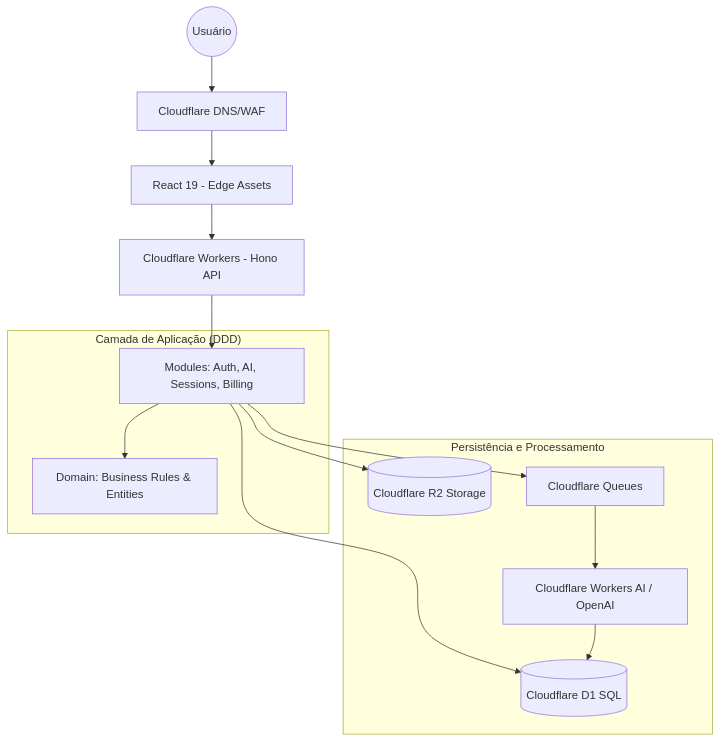
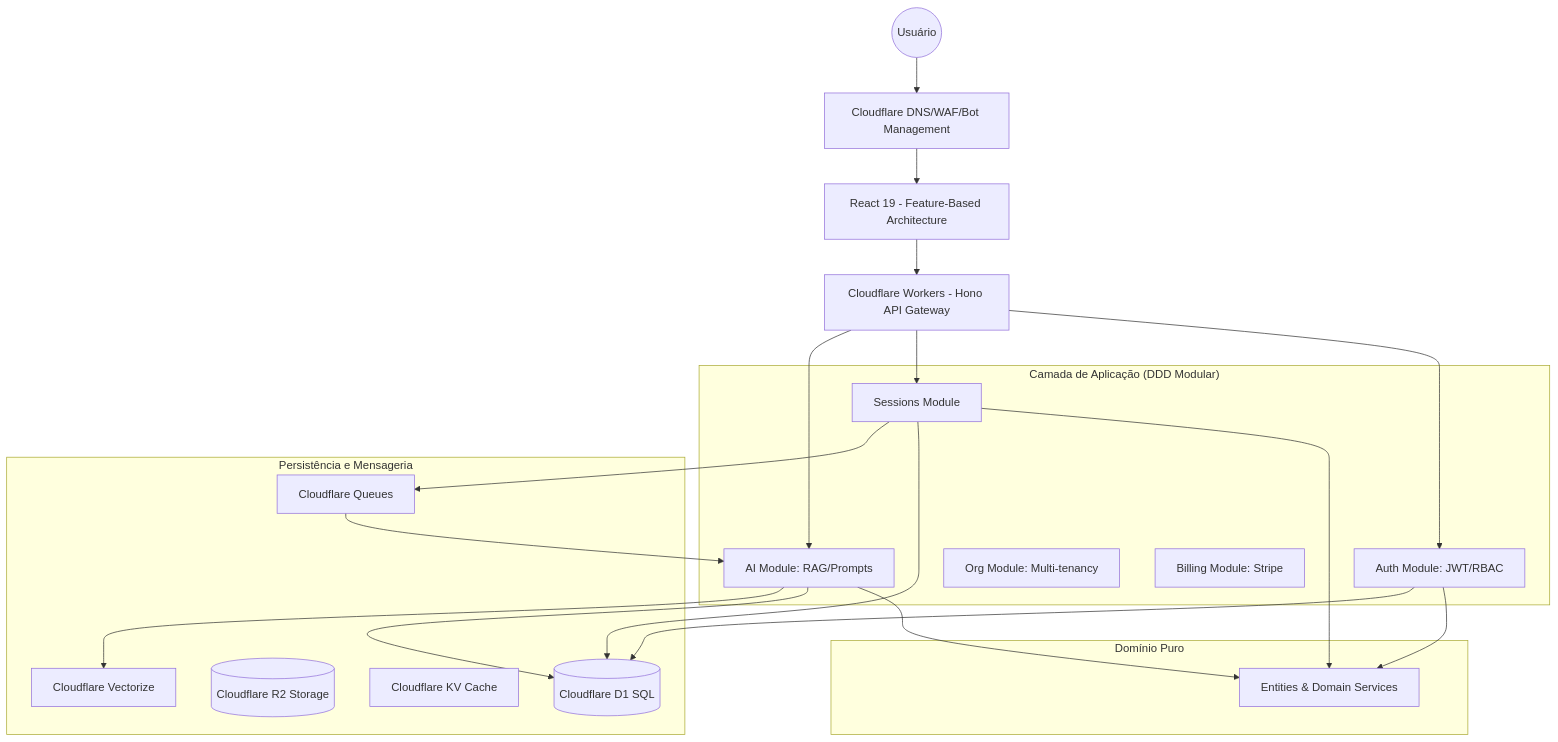
The diagram in docs/ARCHITECTURE.md (wmilhomem/constellar), drawn with Mermaid before and after one commit. The commit also changed other lines of this file and 1 other file, not shown here.

First line of the commit message:
docs: add architectural index and evolution proposal

````diff
--- a/docs/ARCHITECTURE.md
+++ b/docs/ARCHITECTURE.md
@@ -29,30 +29,40 @@
 ```mermaid
 graph TD
     User((Usuário))
-    DNS[Cloudflare DNS/WAF]
-    Edge[Cloudflare Workers - Hono API]
-    UI[React 19 - Edge Assets]
+    DNS[Cloudflare DNS/WAF/Bot Management]
+    Edge[Cloudflare Workers - Hono API Gateway]
+    UI[React 19 - Feature-Based Architecture]
 
-    subgraph "Camada de Aplicação (DDD)"
-        Modules[Modules: Auth, AI, Sessions, Billing]
-        Domain[Domain: Business Rules & Entities]
+    subgraph "Camada de Aplicação (DDD Modular)"
+        Auth[Auth Module: JWT/RBAC]
+        AI_Mod[AI Module: RAG/Prompts]
+        Sess[Sessions Module]
+        Org[Org Module: Multi-tenancy]
+        Bill[Billing Module: Stripe]
     end
 
-    subgraph "Persistência e Processamento"
+    subgraph "Domínio Puro"
+        Domain[Entities & Domain Services]
+    end
+
+    subgraph "Persistência e Mensageria"
         D1[(Cloudflare D1 SQL)]
         R2[(Cloudflare R2 Storage)]
         Queues[Cloudflare Queues]
-        AI[Cloudflare Workers AI / OpenAI]
+        KV[Cloudflare KV Cache]
+        Vector[Cloudflare Vectorize]
     end
 
     User --> DNS
     DNS --> UI
     UI --> Edge
-    Edge --> Modules
-    Modules --> Domain
-    Modules --> D1
-    Modules --> R2
-    Modules --> Queues
-    Queues --> AI
-    AI --> D1
+    Edge --> Auth
+    Edge --> Sess
+    Edge --> AI_Mod
+
+    Auth & Sess & AI_Mod --> Domain
+    Auth & Sess & AI_Mod --> D1
+    AI_Mod --> Vector
+    Sess --> Queues
+    Queues --> AI_Mod
 ```
````
